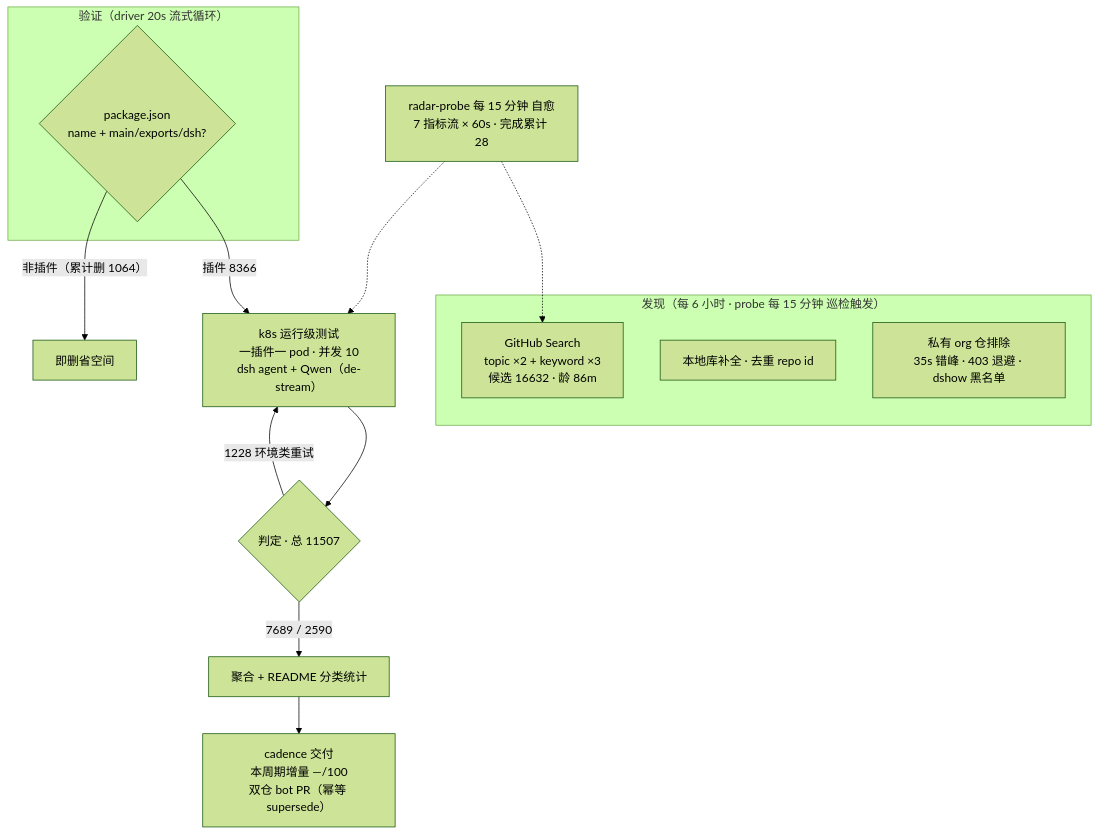
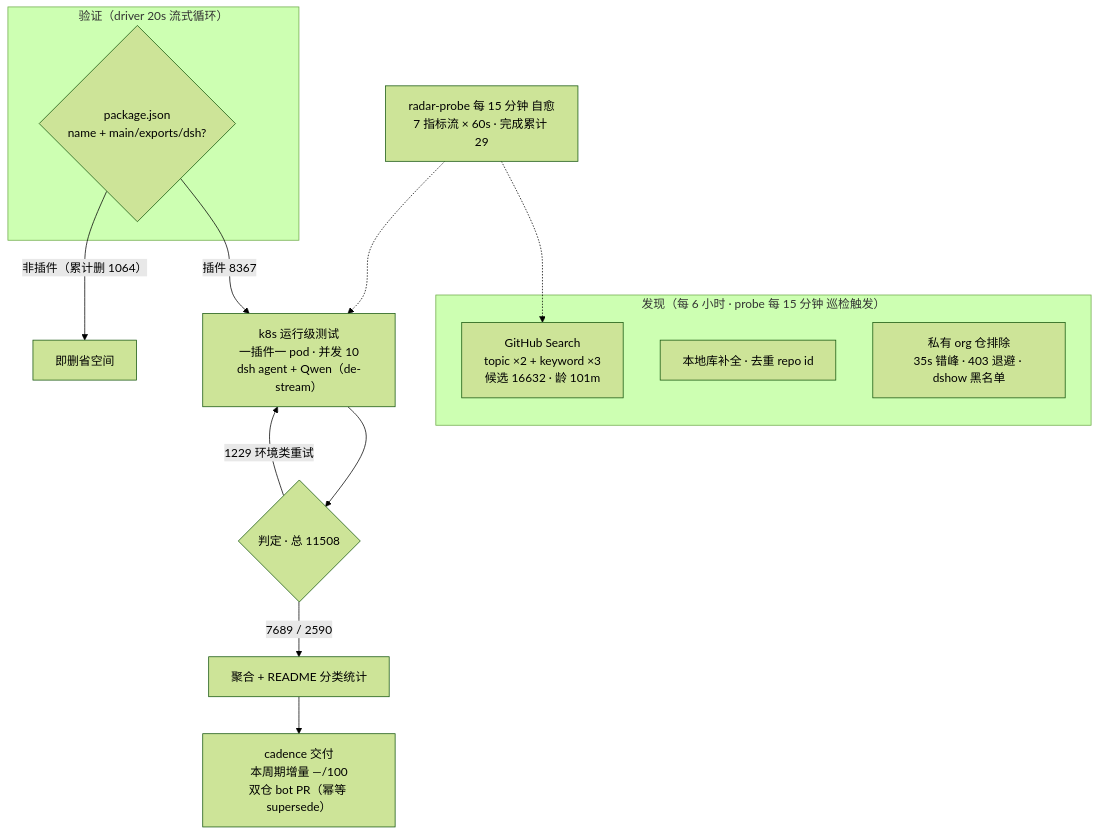
Before and after one commit to Zhidao-Lab-OSS/awesome-dsh-plugins: the diagram in README.md, drawn with Mermaid (forest theme). The commit also changed other lines of this file and 1 other file, not shown here.

````diff
--- a/README.md
+++ b/README.md
@@ -52,20 +52,20 @@
 ```mermaid
 flowchart TB
     subgraph Discovery["发现（每 6 小时 · probe 每 15 分钟 巡检触发）"]
-        A1["GitHub Search<br/>topic ×2 + keyword ×3<br/>候选 16632 · 龄 86m"]
+        A1["GitHub Search<br/>topic ×2 + keyword ×3<br/>候选 16632 · 龄 101m"]
         A2["本地库补全 · 去重 repo id"]
         A3["私有 org 仓排除<br/>35s 错峰 · 403 退避 · dshow 黑名单"]
     end
     subgraph Validation["验证（driver 20s 流式循环）"]
         B1{"package.json<br/>name + main/exports/dsh?"}
     end
-    B1 -->|"插件 8366"| C1["k8s 运行级测试<br/>一插件一 pod · 并发 10<br/>dsh agent + Qwen（de-stream）"]
+    B1 -->|"插件 8367"| C1["k8s 运行级测试<br/>一插件一 pod · 并发 10<br/>dsh agent + Qwen（de-stream）"]
     B1 -->|"非插件（累计删 1064）"| B3["即删省空间"]
-    C1 --> D1{"判定 · 总 11507"}
+    C1 --> D1{"判定 · 总 11508"}
     D1 -->|"7689 / 2590"| E1["聚合 + README 分类统计"]
-    D1 -->|"1228 环境类重试"| C1
+    D1 -->|"1229 环境类重试"| C1
     E1 --> E2["cadence 交付<br/>本周期增量 —/100<br/>双仓 bot PR（幂等 supersede）"]
-    M["radar-probe 每 15 分钟 自愈<br/>7 指标流 × 60s · 完成累计 28"]
+    M["radar-probe 每 15 分钟 自愈<br/>7 指标流 × 60s · 完成累计 29"]
     M -.-> A1
     M -.-> C1
 ```
````
